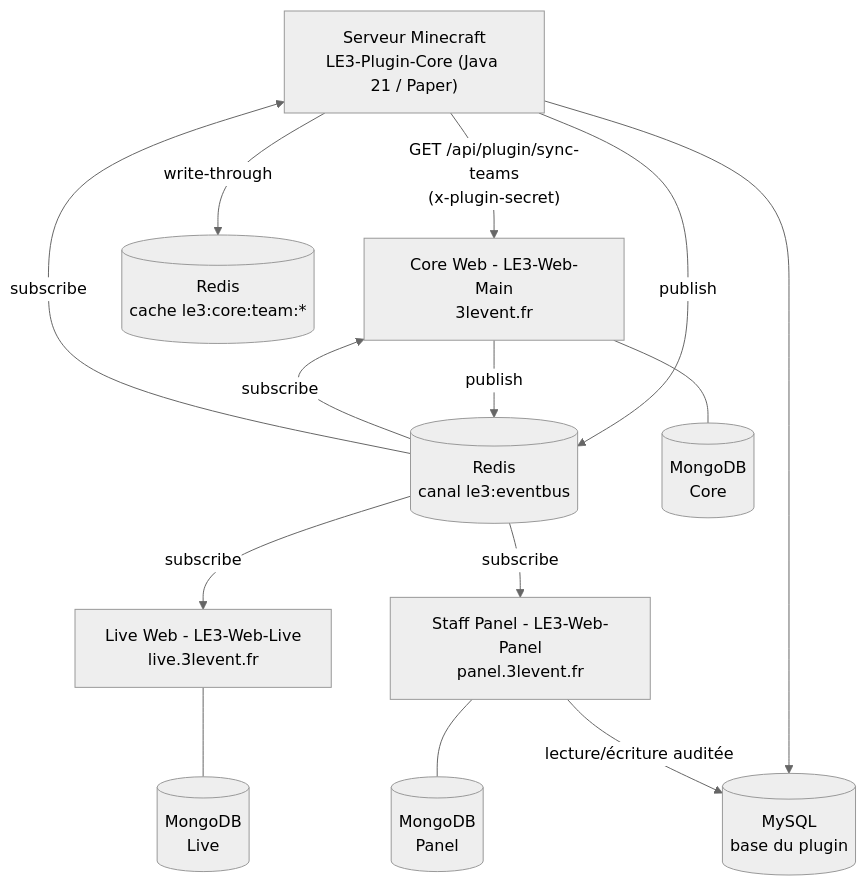
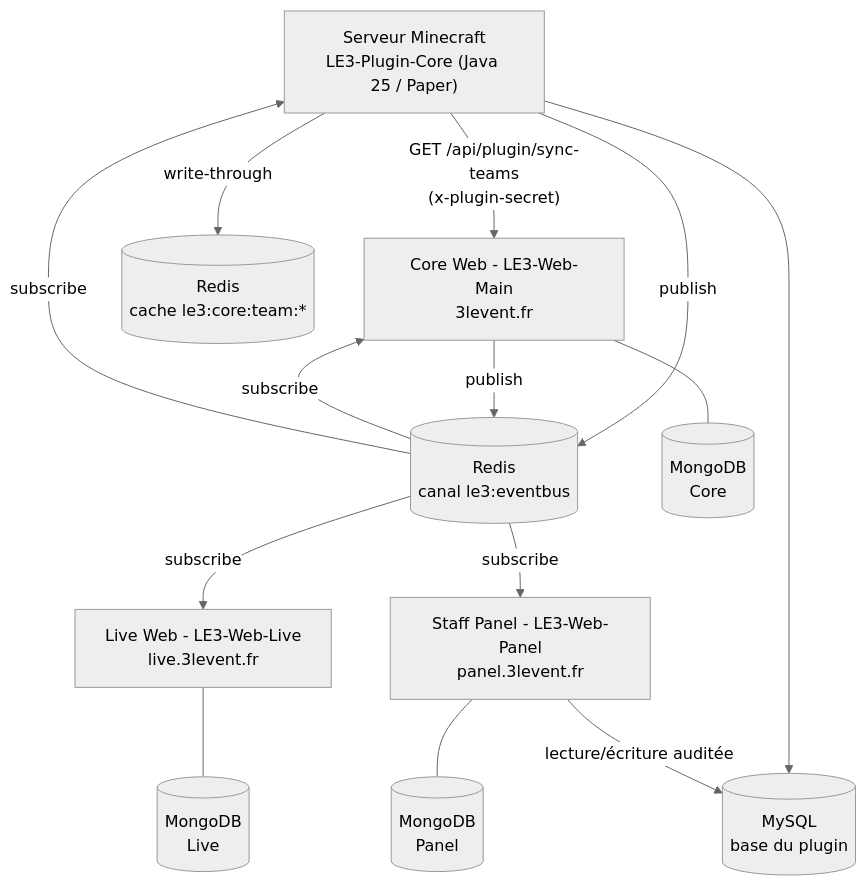
One commit to 3LEvent/LE3-Documentation changed the diagram in docs/architecture/overview.md. Above: the diagram before and after it, drawn with Mermaid (neutral theme). The commit also changed other lines of this file and 5 other files, not shown here.

First line of the commit message:
docs: align every version mention on Paper 26.2 and Java 25 (#31)

````diff
--- a/docs/architecture/overview.md
+++ b/docs/architecture/overview.md
@@ -23,27 +23,27 @@
 ```mermaid
 flowchart TD
-    MC["Serveur Minecraft<br/>LE3-Plugin-Core (Java 21 / Paper)"]
+    MC["Serveur Minecraft<br/>LE3-Plugin-Core (Java 25 / Paper)"]
     CORE["Core Web - LE3-Web-Main<br/>3levent.fr"]
     LIVE["Live Web - LE3-Web-Live<br/>live.3levent.fr"]
     PANEL["Staff Panel - LE3-Web-Panel<br/>panel.3levent.fr"]
     BUS[("Redis<br/>canal le3:eventbus")]
     CACHE[("Redis<br/>cache le3:core:team:*")]
     MYSQL[("MySQL<br/>base du plugin")]
     MDB1[("MongoDB<br/>Core")]
     MDB2[("MongoDB<br/>Live")]
     MDB3[("MongoDB<br/>Panel")]
 
     MC -->|"GET /api/plugin/sync-teams<br/>(x-plugin-secret)"| CORE
     MC --> MYSQL
     MC -->|"write-through"| CACHE
     MC -->|publish| BUS
     CORE -->|publish| BUS
     BUS -->|subscribe| CORE
     BUS -->|subscribe| LIVE
     BUS -->|subscribe| PANEL
     BUS -->|subscribe| MC
     CORE --- MDB1
     LIVE --- MDB2
     PANEL --- MDB3
     PANEL -->|"lecture/écriture auditée"| MYSQL
 ```
````
